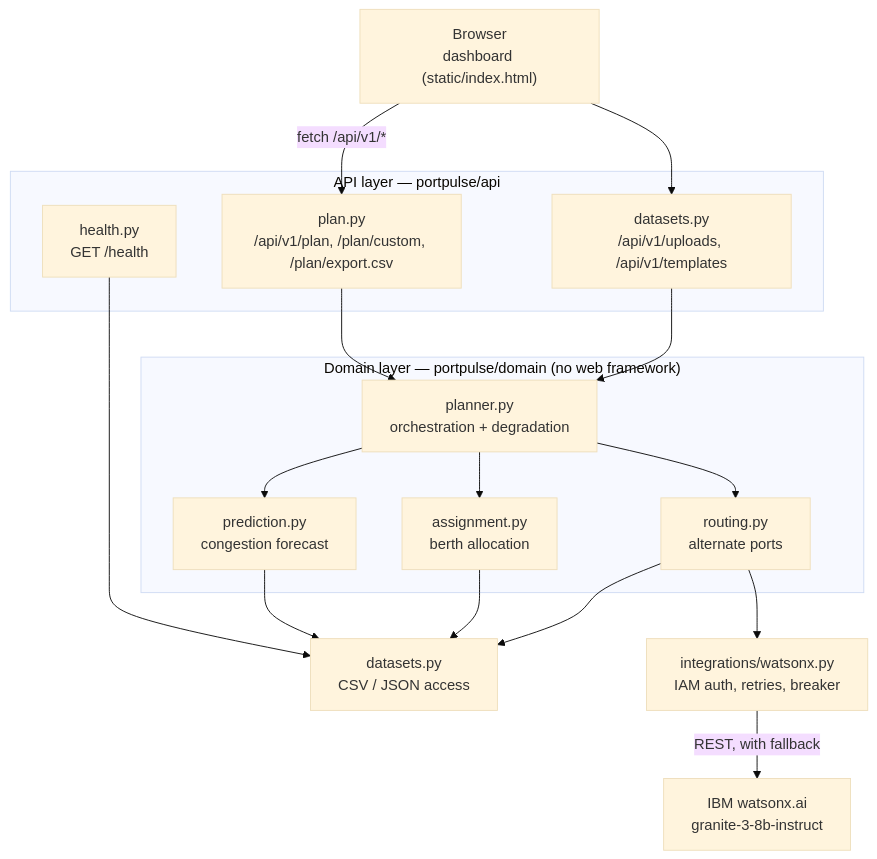
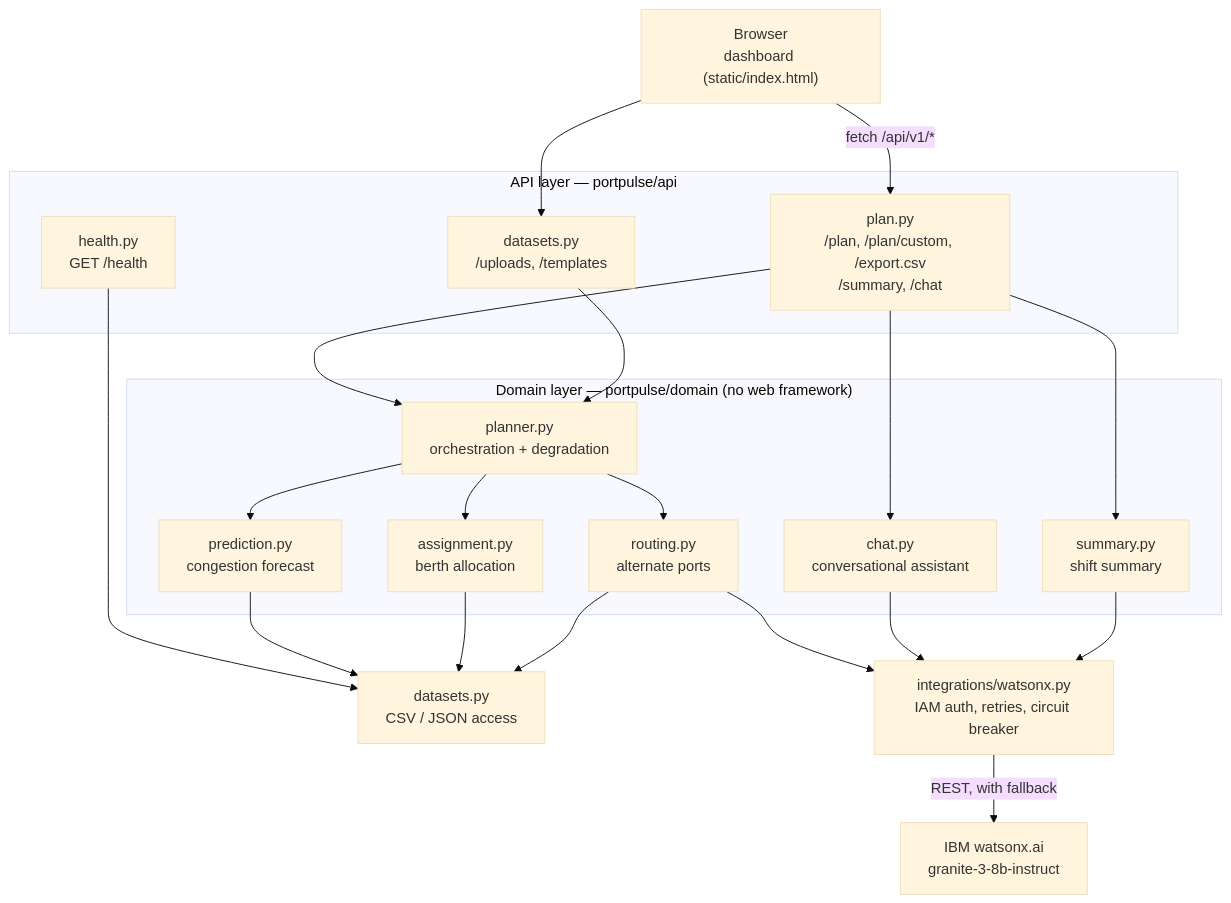
Before and after one commit to Jigar-CS/bob-ai-hackathon-ABC: the diagram in docs/architecture.md, drawn with Mermaid (base theme). The commit also changed other lines of this file and 6 other files, not shown here.

````diff
--- a/docs/architecture.md
+++ b/docs/architecture.md
@@ -5,35 +5,41 @@
 ```mermaid
 graph TD
     Browser["Browser<br/>dashboard (static/index.html)"]
 
     subgraph API["API layer — portpulse/api"]
         Health["health.py<br/>GET /health"]
-        PlanRoutes["plan.py<br/>/api/v1/plan, /plan/custom, /plan/export.csv"]
-        DataRoutes["datasets.py<br/>/api/v1/uploads, /api/v1/templates"]
+        PlanRoutes["plan.py<br/>/plan, /plan/custom, /export.csv<br/>/summary, /chat"]
+        DataRoutes["datasets.py<br/>/uploads, /templates"]
     end
 
     subgraph Domain["Domain layer — portpulse/domain (no web framework)"]
         Planner["planner.py<br/>orchestration + degradation"]
         Prediction["prediction.py<br/>congestion forecast"]
         Assignment["assignment.py<br/>berth allocation"]
         Routing["routing.py<br/>alternate ports"]
+        Chat["chat.py<br/>conversational assistant"]
+        Summary["summary.py<br/>shift summary"]
     end
 
     Datasets["datasets.py<br/>CSV / JSON access"]
-    Watsonx["integrations/watsonx.py<br/>IAM auth, retries, breaker"]
+    Watsonx["integrations/watsonx.py<br/>IAM auth, retries, circuit breaker"]
     Cloud["IBM watsonx.ai<br/>granite-3-8b-instruct"]
 
     Browser -->|"fetch /api/v1/*"| PlanRoutes
     Browser --> DataRoutes
     PlanRoutes --> Planner
+    PlanRoutes --> Chat
+    PlanRoutes --> Summary
     DataRoutes --> Planner
     Health --> Datasets
     Planner --> Prediction
     Planner --> Assignment
     Planner --> Routing
     Prediction --> Datasets
     Assignment --> Datasets
     Routing --> Datasets
     Routing --> Watsonx
+    Chat --> Watsonx
+    Summary --> Watsonx
     Watsonx -->|"REST, with fallback"| Cloud
 ```
````
